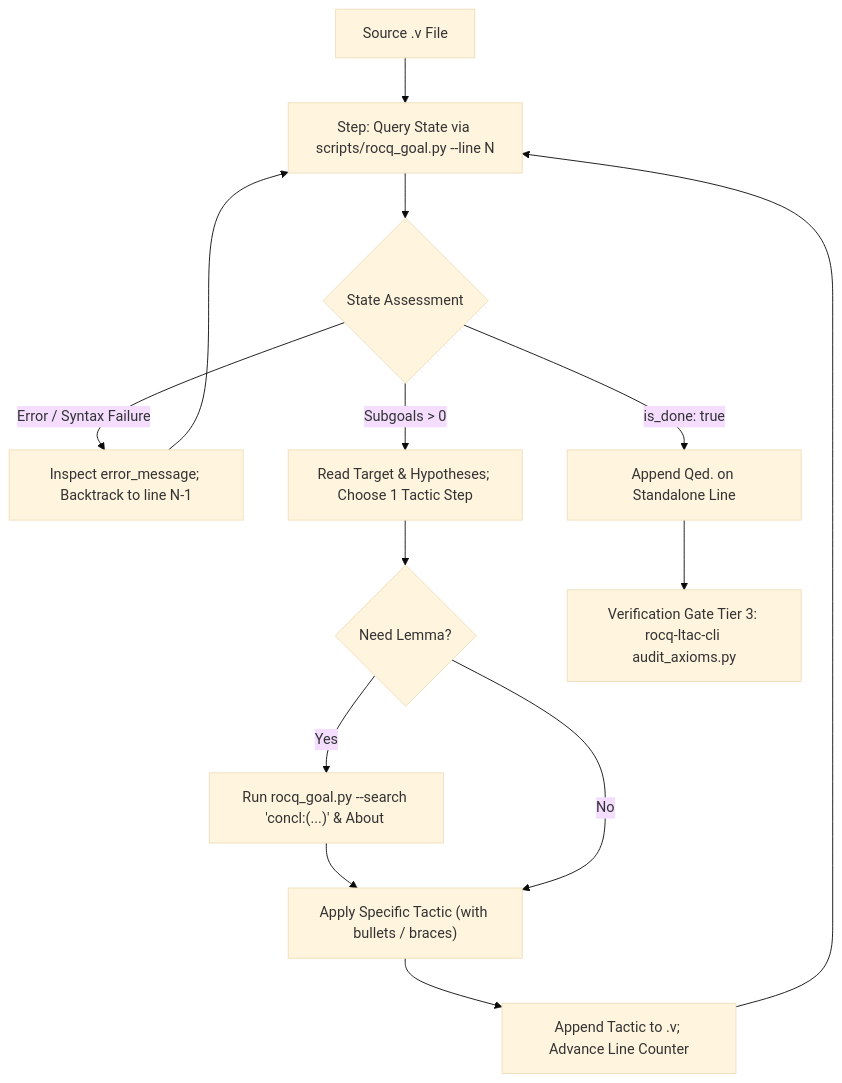
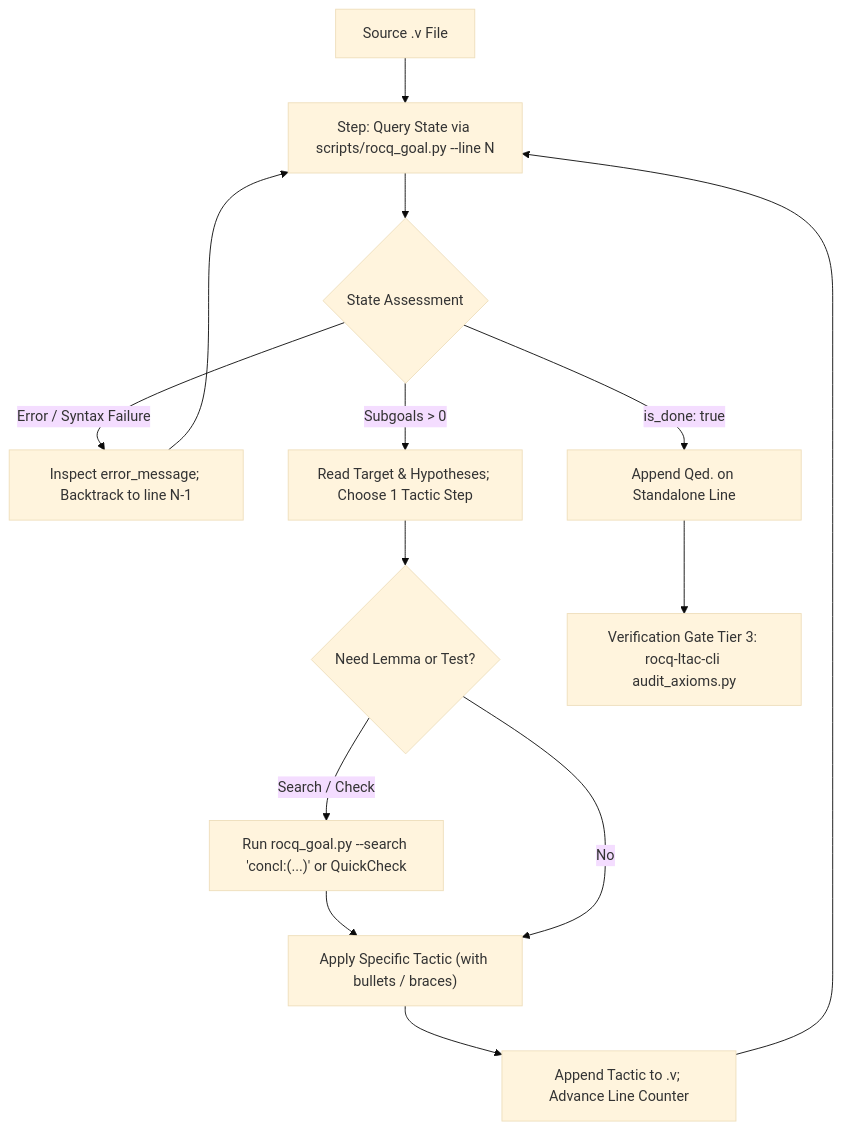
The diagram in skills/rocq-ltac-interactive-proof/SKILL.md (MI-1222/rocq-ltac-skills), drawn with Mermaid (base theme) before and after one commit. The commit also changed other lines of this file and 3 other files, not shown here.

````diff
--- a/skills/rocq-ltac-interactive-proof/SKILL.md
+++ b/skills/rocq-ltac-interactive-proof/SKILL.md
@@ -49,16 +50,16 @@
 ```mermaid
 graph TD
   A["Source .v File"] --> B["Step: Query State via scripts/rocq_goal.py --line N"]
   B --> C{"State Assessment"}
   C -- "Error / Syntax Failure" --> D["Inspect error_message; Backtrack to line N-1"]
   D --> B
   C -- "Subgoals > 0" --> E["Read Target & Hypotheses; Choose 1 Tactic Step"]
-  E --> F{"Need Lemma?"}
-  F -- "Yes" --> G["Run rocq_goal.py --search 'concl:(...)' & About <lemma>"]
+  E --> F{"Need Lemma or Test?"}
+  F -- "Search / Check" --> G["Run rocq_goal.py --search 'concl:(...)' or QuickCheck"]
   G --> H["Apply Specific Tactic (with bullets / braces)"]
   F -- "No" --> H
   H --> I["Append Tactic to .v; Advance Line Counter"]
   I --> B
   C -- "is_done: true" --> J["Append Qed. on Standalone Line"]
   J --> K["Verification Gate Tier 3: rocq-ltac-cli audit_axioms.py"]
 ```
````
